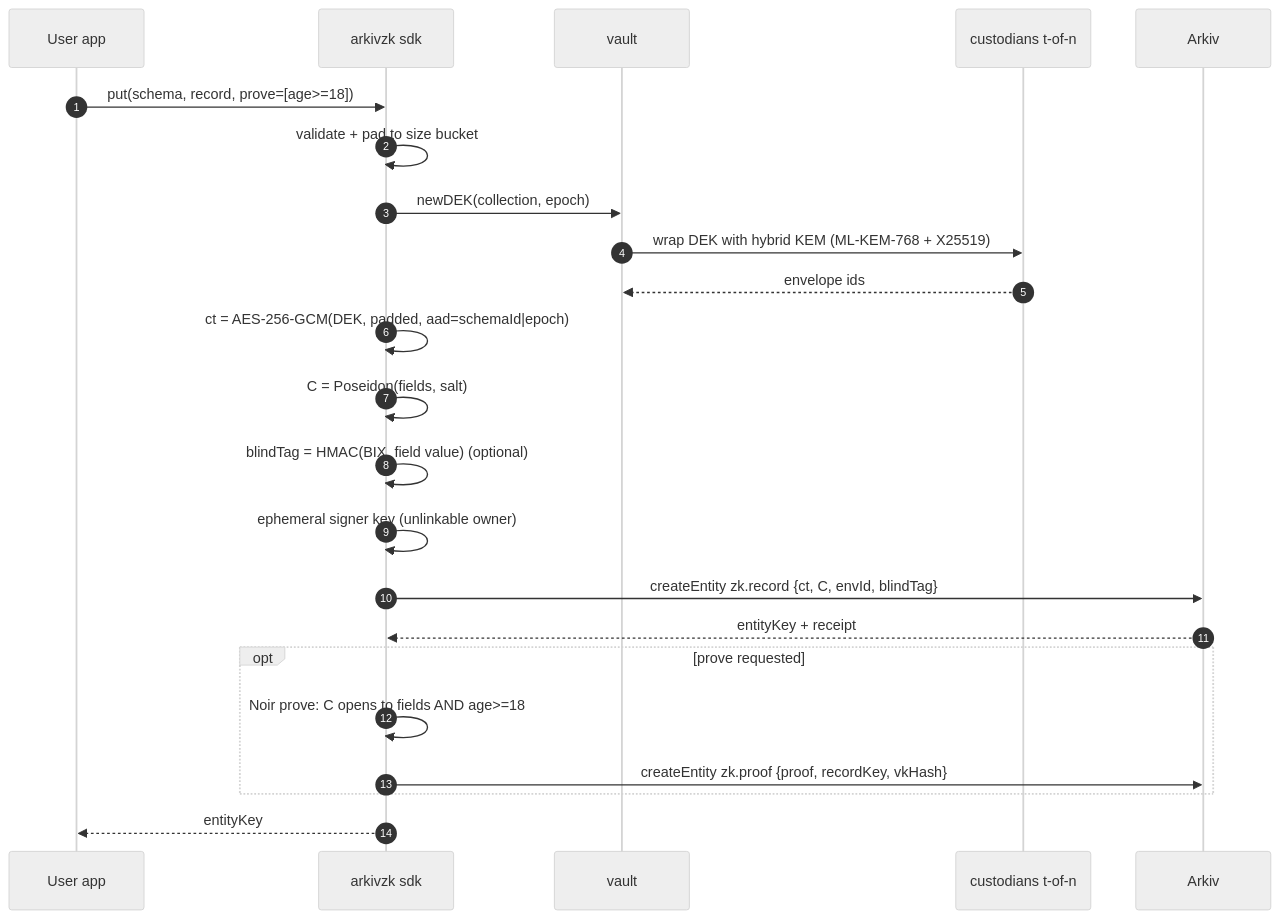
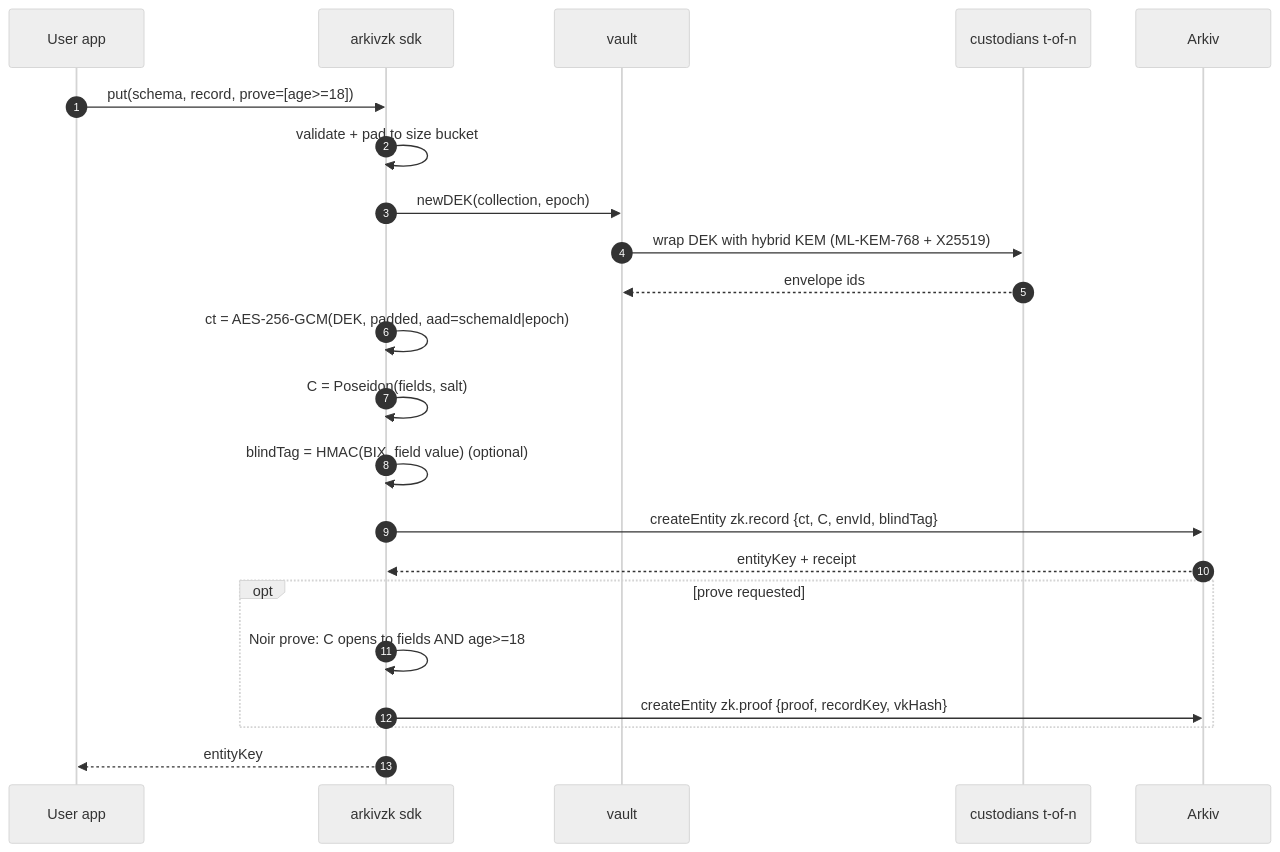
The fourth of 7 diagrams in docs/02-architecture.md (Srizdebnath/kalypso), drawn with Mermaid (neutral theme) before and after one commit. The commit also changed other lines of this file and 18 other files, not shown here.

````diff
--- a/docs/02-architecture.md
+++ b/docs/02-architecture.md
@@ -102,26 +104,25 @@
 ```mermaid
 sequenceDiagram
     autonumber
     participant U as User app
     participant S as arkivzk sdk
     participant V as vault
     participant C as custodians t-of-n
     participant A as Arkiv
 
     U->>S: put(schema, record, prove=[age>=18])
     S->>S: validate + pad to size bucket
     S->>V: newDEK(collection, epoch)
     V->>C: wrap DEK with hybrid KEM (ML-KEM-768 + X25519)
     C-->>V: envelope ids
     S->>S: ct = AES-256-GCM(DEK, padded, aad=schemaId|epoch)
     S->>S: C = Poseidon(fields, salt)
     S->>S: blindTag = HMAC(BIX, field value) (optional)
-    S->>S: ephemeral signer key (unlinkable owner)
     S->>A: createEntity zk.record {ct, C, envId, blindTag}
     A-->>S: entityKey + receipt
     opt prove requested
         S->>S: Noir prove: C opens to fields AND age>=18
         S->>A: createEntity zk.proof {proof, recordKey, vkHash}
     end
     S-->>U: entityKey
 ```
````
